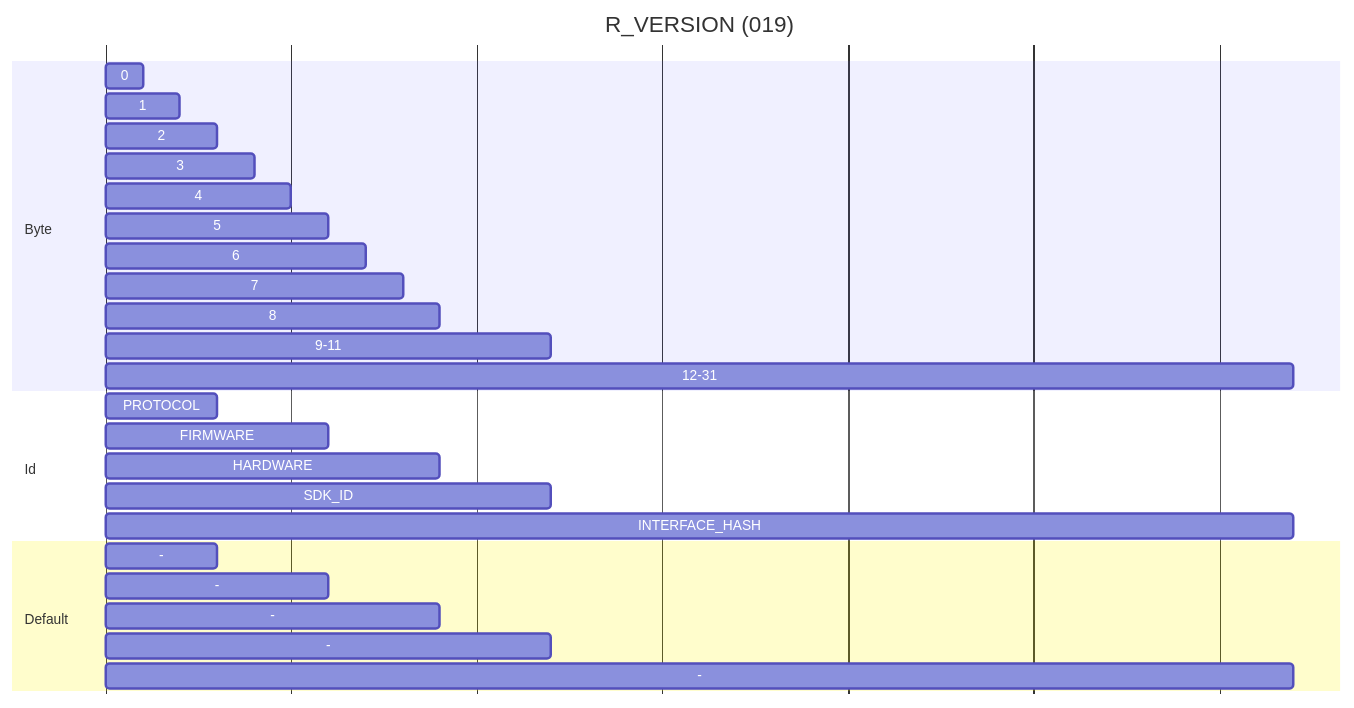
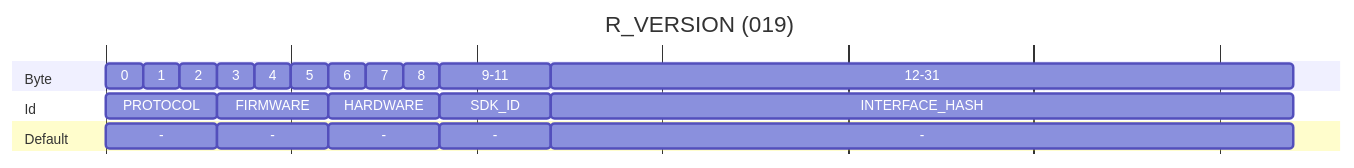
Before and after one commit to harp-tech/protocol: the tenth of 19 diagrams in Device.md, drawn with Mermaid. The commit also changed other lines of this file, not shown here.

Commit message:
Fix diagram layout for R_HEARTBEAT and R_VERSION (#179)
Mermaid rendering was broken due to insufficient specification of the diagram bit sequence.

````diff
--- a/Device.md
+++ b/Device.md
@@ -474,36 +474,36 @@
 ```mermaid
 ---
 displayMode: compact
 ---
 gantt
     title R_VERSION (019)
     dateFormat X
     axisFormat %
 
     section Byte
     0         :prot_major, 0, 1
-    1         :prot_minor, 1, 2
-    2         :prot_patch, 2, 3
-    3         :fw_major, 3, 4
-    4         :fw_minor, 4, 5
-    5         :fw_patch, 5, 6
-    6         :hw_major, 6, 7
-    7         :hw_minor, 7, 8
-    8         :hw_patch, 8, 9
-    9-11      :sdk_id, 9, 12
-    12-31     :interface_hash, 12, 32
+    1         :prot_minor, after prot_major, 2
+    2         :prot_patch, after prot_minor, 3
+    3         :fw_major, after prot_patch, 4
+    4         :fw_minor, after fw_major, 5
+    5         :fw_patch, after fw_minor, 6
+    6         :hw_major, after fw_patch, 7
+    7         :hw_minor, after hw_major, 8
+    8         :hw_patch, after hw_minor, 9
+    9-11      :sdk_id, after hw_patch, 12
+    12-31     :interface_hash, after sdk_id, 32
 
     section Id
     PROTOCOL        :protocol, 0, 3
-    FIRMWARE        :firmware, 3, 6
-    HARDWARE        :hardware, 6, 9
-    SDK_ID          :sdk, 9, 12
-    INTERFACE_HASH  :protocol, 12, 32
+    FIRMWARE        :firmware, after prot_patch, 6
+    HARDWARE        :hardware, after fw_patch, 9
+    SDK_ID          :sdk, after hw_patch, 12
+    INTERFACE_HASH  :protocol, after sdk_id, 32
 
     section Default
     -      :d0, 0, 3
-    -      :d1, 3, 6
-    -      :d2, 6, 9
-    -      :d3, 9, 12
-    -      :d4, 12, 32
+    -      :d1, after prot_patch, 6
+    -      :d2, after fw_patch, 9
+    -      :d3, after hw_patch, 12
+    -      :d4, after sdk_id, 32
 ```
````
